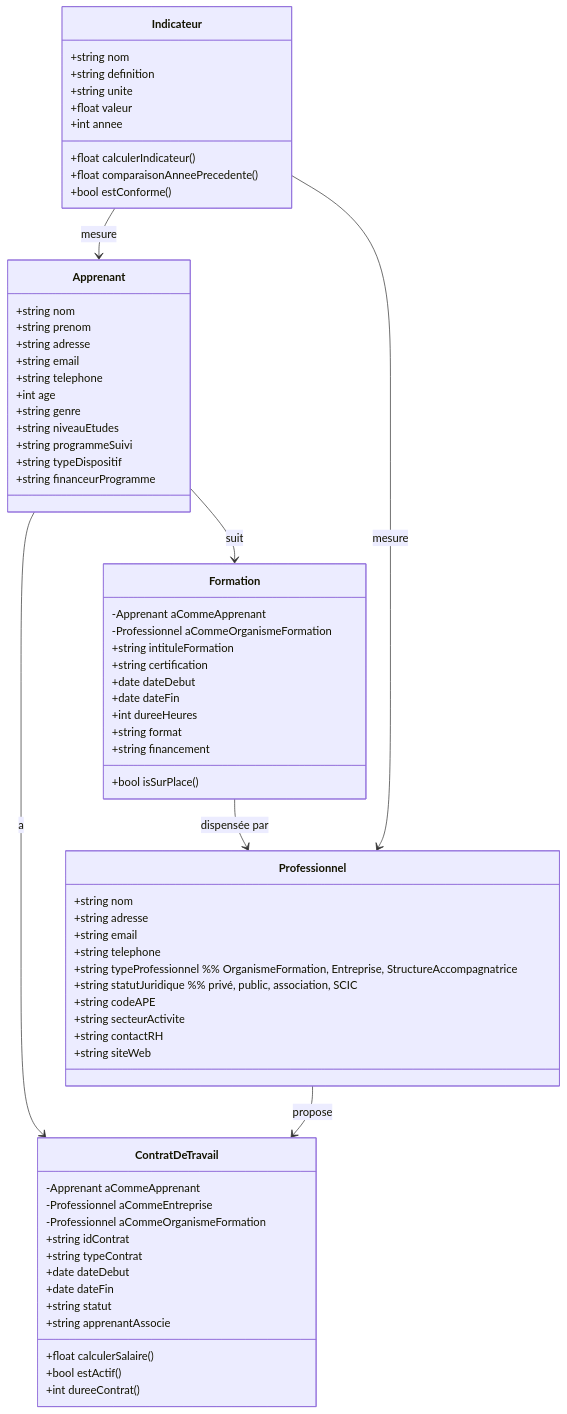
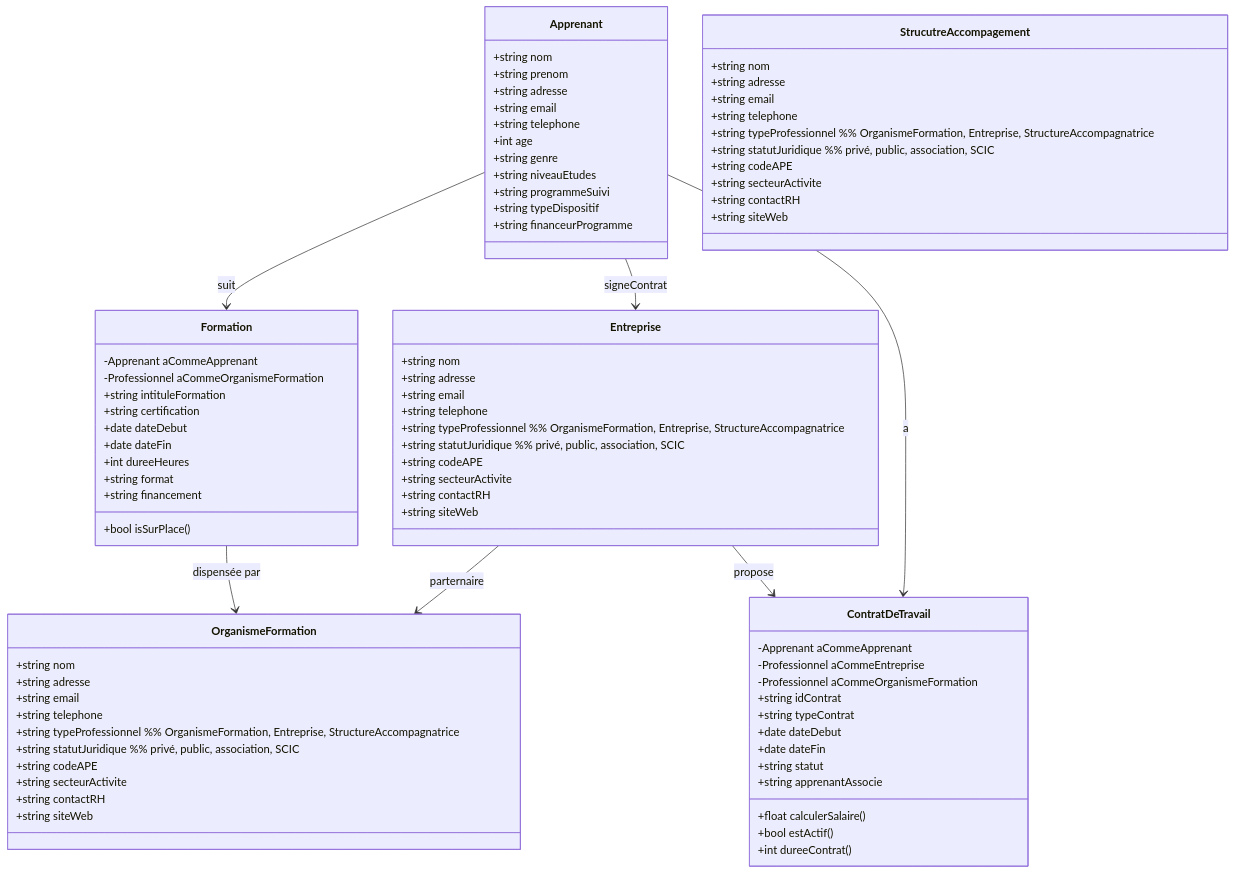
Before and after one commit to bouzidifatimazohra00-ux/inclusion-numerique-93: the diagram in acteurs.md, drawn with Mermaid.

Commit message:
Refactor classes and relationships in acteurs.md

````diff
--- a/acteurs.md
+++ b/acteurs.md
@@ -14,7 +14,33 @@
   +string financeurProgramme
 }
 
-class Professionnel {
+class OrganismeFormation {
+  +string nom
+  +string adresse
+  +string email
+  +string telephone
+  +string typeProfessionnel      %% OrganismeFormation, Entreprise, StructureAccompagnatrice
+  +string statutJuridique        %% privé, public, association, SCIC
+  +string codeAPE
+  +string secteurActivite
+  +string contactRH
+  +string siteWeb
+}
+
+class Entreprise {
+  +string nom
+  +string adresse
+  +string email
+  +string telephone
+  +string typeProfessionnel      %% OrganismeFormation, Entreprise, StructureAccompagnatrice
+  +string statutJuridique        %% privé, public, association, SCIC
+  +string codeAPE
+  +string secteurActivite
+  +string contactRH
+  +string siteWeb
+}
+
+class StrucutreAccompagement {
   +string nom
   +string adresse
   +string email
@@ -55,23 +81,15 @@
   +bool isSurPlace()
 }
 
-class Indicateur {
-  +string nom
-  +string definition
-  +string unite
-  +float valeur
-  +int annee
-  +float calculerIndicateur()
-  +float comparaisonAnneePrecedente()
-  +bool estConforme()
-}
+
 
 %% Relations simplifiées
 Apprenant --> Formation : suit
 Apprenant --> ContratDeTravail : a
-Professionnel --> ContratDeTravail : propose
-Formation --> Professionnel : dispensée par
-Indicateur --> Apprenant : mesure
-Indicateur --> Professionnel : mesure
+Apprenant --> Entreprise : signeContrat
+Entreprise --> ContratDeTravail : propose
+Entreprise --> OrganismeFormation : parternaire
+Formation --> OrganismeFormation : dispensée par
+
 
 ```
````
